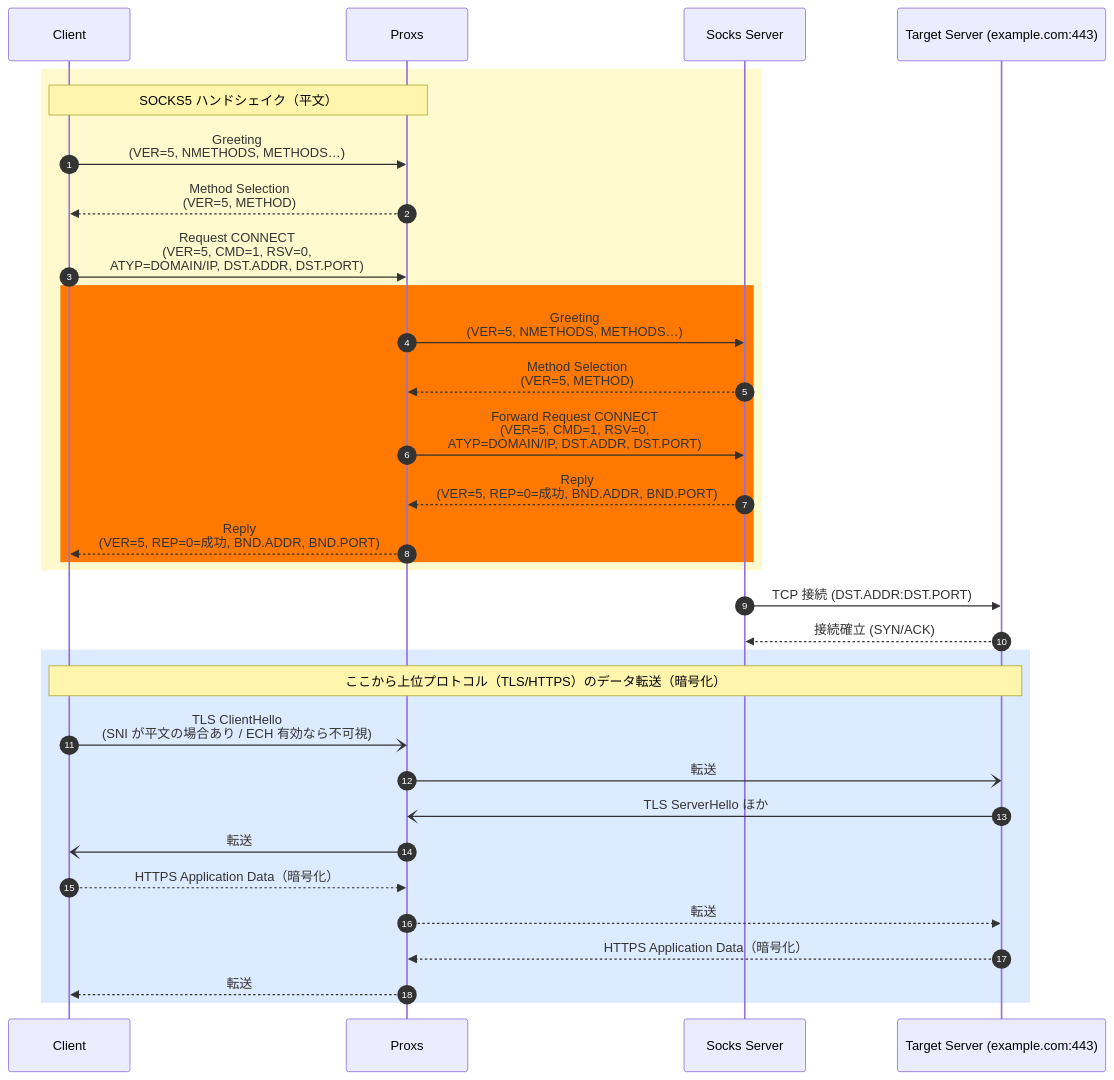
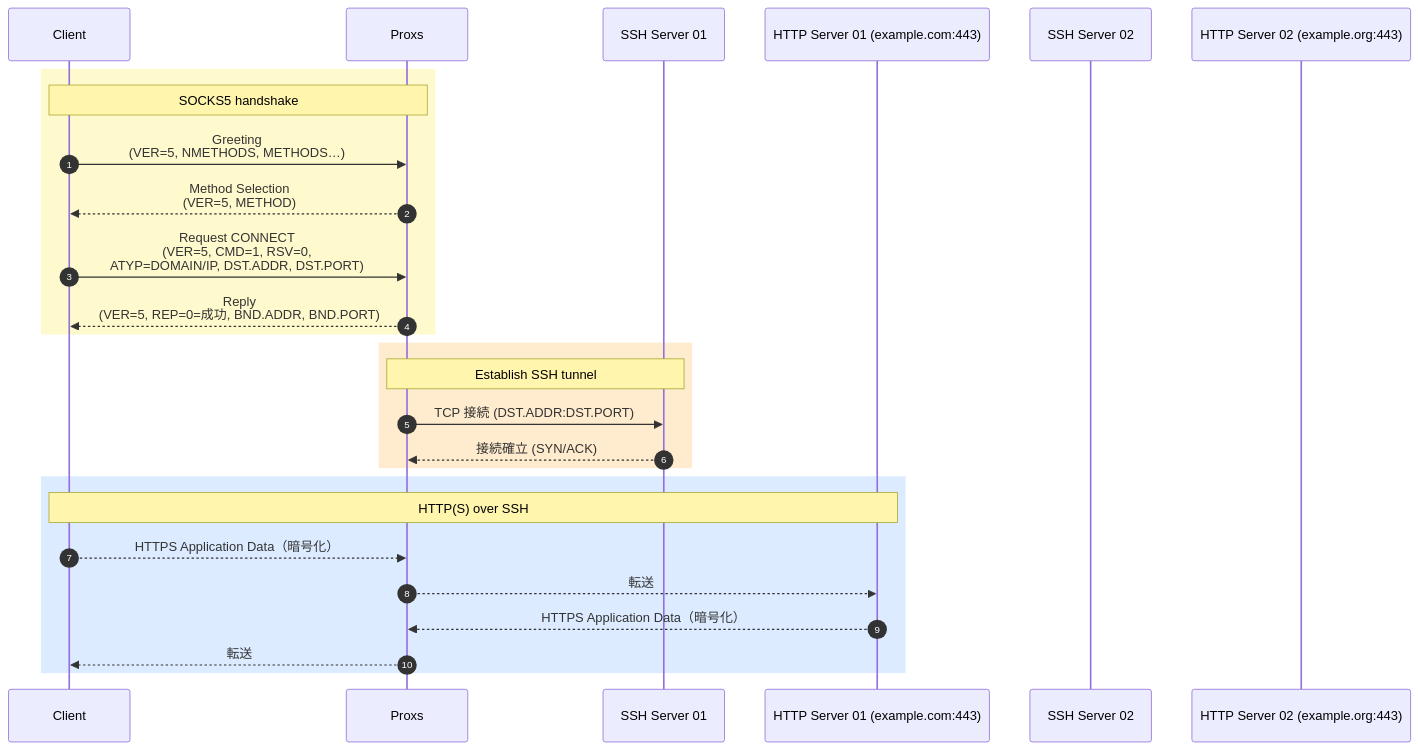
One commit to bean1310/proxs changed the diagram in README.md. Above: the diagram before and after it, drawn with Mermaid.

````diff
--- a/README.md
+++ b/README.md
@@ -55,54 +55,44 @@
 ```mermaid
 sequenceDiagram
     autonumber
     participant C as Client
     participant PS as Proxs
-    participant TS as Socks Server
-    participant T as Target Server (example.com:443)
+    participant T1 as SSH Server 01
+    participant S1 as HTTP Server 01 (example.com:443)
+    participant T2 as SSH Server 02
+    participant S2 as HTTP Server 02 (example.org:443)
 
     %% --------- SOCKS5 Handshake (plaintext) ---------
     rect rgb(255,250,205)
-    Note over C,PS: SOCKS5 ハンドシェイク（平文）
+    Note over C,PS: SOCKS5 handshake
 
     C->>PS: Greeting<br/>(VER=5, NMETHODS, METHODS…)
     PS-->>C: Method Selection<br/>(VER=5, METHOD)
 
     %% opt 認証が必要な場合
     %%   C->>S: 認証要求（例: Username/Password）
     %%   S-->>C: 認証応答（成功/失敗）
     %% end
 
     C->>PS: Request CONNECT<br/>(VER=5, CMD=1, RSV=0,<br/>ATYP=DOMAIN/IP, DST.ADDR, DST.PORT)
-
-    rect rgb(255,120,0)
-    PS->>TS: Greeting<br/>(VER=5, NMETHODS, METHODS…)
-    TS-->>PS: Method Selection<br/>(VER=5, METHOD)
-
-    PS->>TS: Forward Request CONNECT<br/>(VER=5, CMD=1, RSV=0,<br/>ATYP=DOMAIN/IP, DST.ADDR, DST.PORT)
-    TS-->>PS: Reply<br/>(VER=5, REP=0=成功, BND.ADDR, BND.PORT)
-
     PS-->>C: Reply<br/>(VER=5, REP=0=成功, BND.ADDR, BND.PORT)
 
-    end %% True Socks connection end
-
-    end %% Root socks connetction end
+    end
 
     %% --------- Server connects to Target ---------
-    TS->>T: TCP 接続 (DST.ADDR:DST.PORT)
-    T-->>TS: 接続確立 (SYN/ACK)
+    rect rgb(255,235,205)
+    Note over PS,T1: Establish SSH tunnel
+    PS->>T1: TCP 接続 (DST.ADDR:DST.PORT)
+    T1-->>PS: 接続確立 (SYN/ACK)
+    end
 
     %% --------- TLS/HTTPS payload (encrypted) ---------
     rect rgb(220,235,255)
-    Note over C,T: ここから上位プロトコル（TLS/HTTPS）のデータ転送（暗号化）
-
-    C-)PS: TLS ClientHello<br/>(SNI が平文の場合あり / ECH 有効なら不可視)
-    PS-)T: 転送
-    T-)PS: TLS ServerHello ほか
-    PS-)C: 転送
+    Note over C,S1: HTTP(S) over SSH
 
     C-->>PS: HTTPS Application Data（暗号化）
-    PS-->>T: 転送
-    T-->>PS: HTTPS Application Data（暗号化）
+    PS-->>S1: 転送
+    S1-->>PS: HTTPS Application Data（暗号化）
     PS-->>C: 転送
     end
 ```
````
